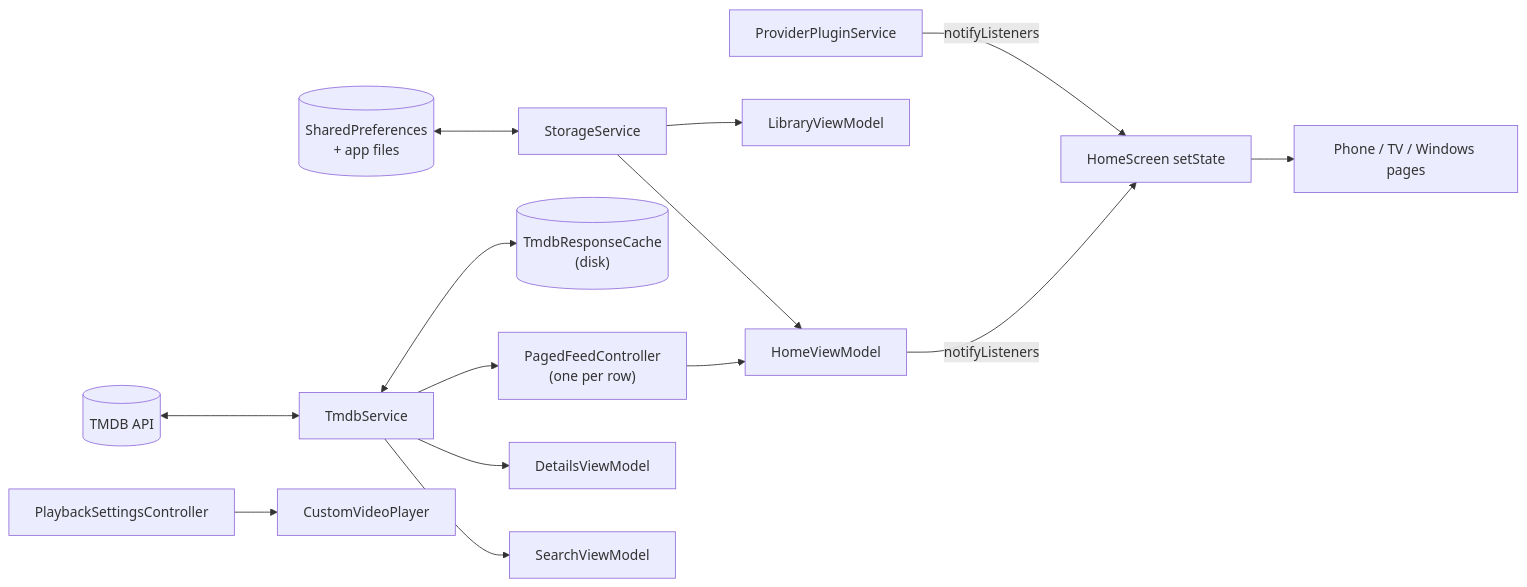
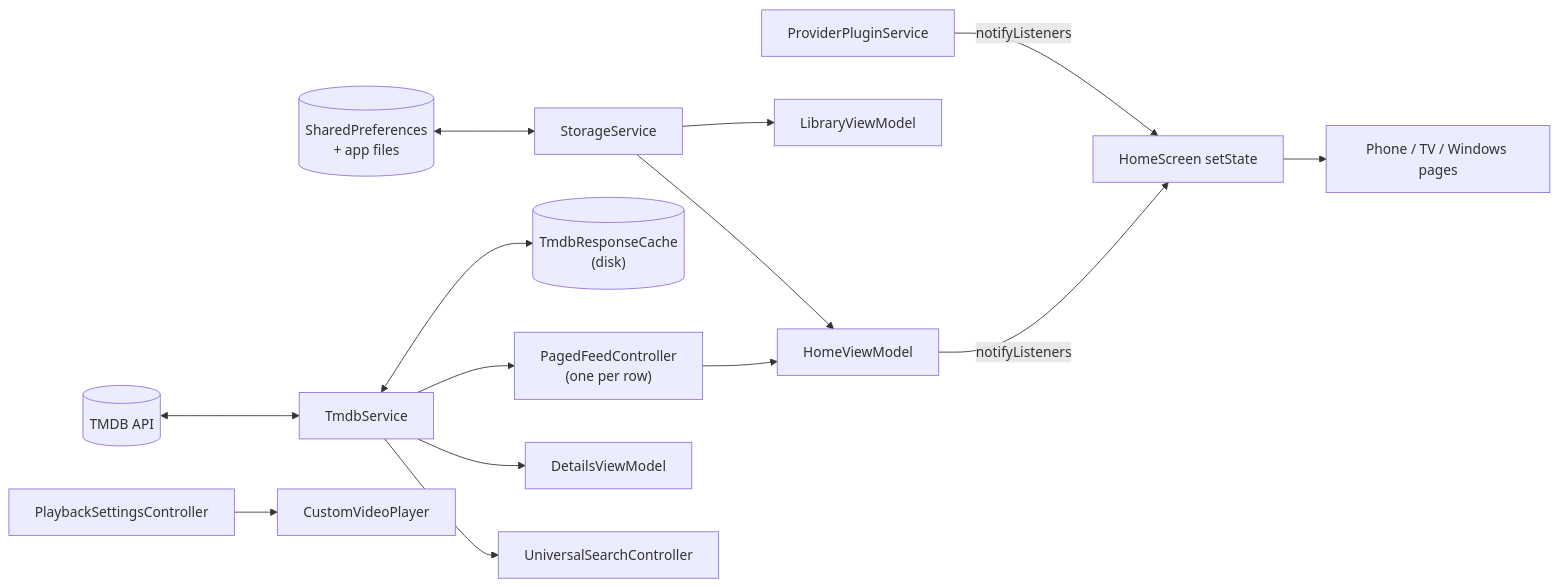
Before and after one commit to frnzeeey/reelish: the third of 3 diagrams in docs/architecture/architecture-overview.md, drawn with Mermaid. The commit also changed other lines of this file and 40 other files, not shown here.

````diff
--- a/docs/architecture/architecture-overview.md
+++ b/docs/architecture/architecture-overview.md
@@ -159,15 +159,15 @@
 ```mermaid
 graph LR
   Storage[("SharedPreferences<br/>+ app files")] <--> SS[StorageService]
   TMDB[(TMDB API)] <--> TS[TmdbService] <--> Cache[("TmdbResponseCache<br/>(disk)")]
   TS --> PFC["PagedFeedController<br/>(one per row)"]
   PFC --> HVM[HomeViewModel]
   SS --> HVM
   SS --> LVM[LibraryViewModel]
   TS --> DVM[DetailsViewModel]
-  TS --> SVM[SearchViewModel]
+  TS --> USC[UniversalSearchController]
   HVM -- notifyListeners --> HS[HomeScreen setState]
   HS --> Pages["Phone / TV / Windows pages"]
   PPS[ProviderPluginService] -- notifyListeners --> HS
   PSC[PlaybackSettingsController] --> Player[CustomVideoPlayer]
 ```
````
